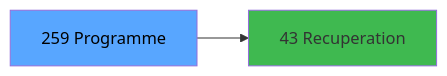
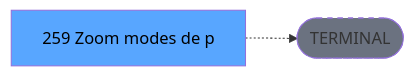
Before and after one commit to thonyAGP/lecteur-magic: the third of 3 diagrams in .openspec/specs/ADH-IDE-259.md, drawn with Mermaid. The commit also changed other lines of this file and 701 other files, not shown here.

````diff
--- a/.openspec/specs/ADH-IDE-259.md
+++ b/.openspec/specs/ADH-IDE-259.md
@@ -147,8 +134,8 @@
 ```mermaid
 graph LR
-    T[259 Programme]
-    C43[43 Recuperation]
-    T --> C43
+    T[259 Zoom modes de p]
+    TERM([TERMINAL])
+    T -.-> TERM
+    style TERM fill:#6b7280,stroke-dasharray: 5 5
     style T fill:#58a6ff,color:#000
-    style C43 fill:#3fb950
 ```
````
